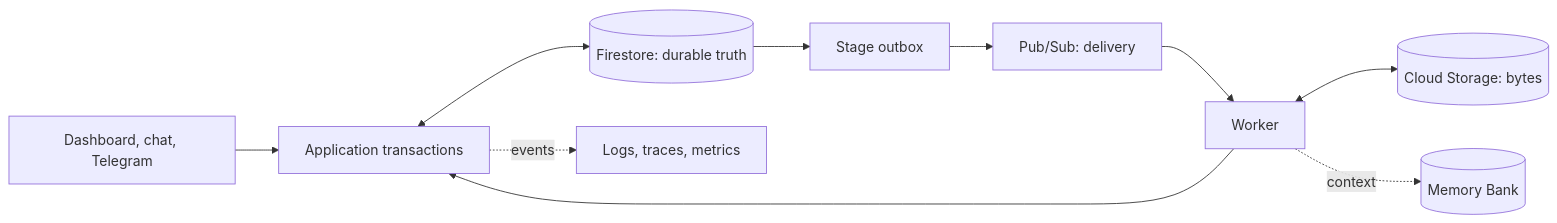
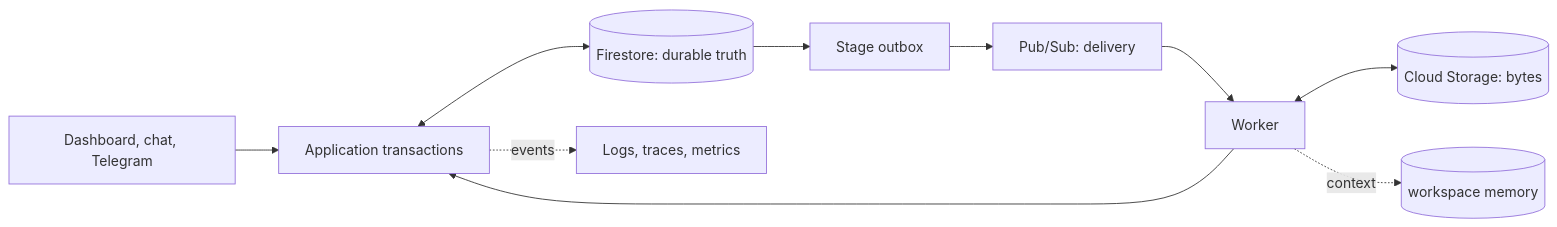
The diagram in docs/diagrams/state-ownership.mdx (danielAsaboro/harmonia-meta), drawn with Mermaid before and after one commit. The commit also changed 53 other files, not shown here.

````diff
--- a/docs/diagrams/state-ownership.mdx
+++ b/docs/diagrams/state-ownership.mdx
@@ -6,12 +6,12 @@
 ```mermaid
 flowchart LR
   UI[Dashboard, chat, Telegram] --> APP[Application transactions]
   APP <--> FS[(Firestore: durable truth)]
   FS --> OUT[Stage outbox]
   OUT --> PS[Pub/Sub: delivery]
   PS --> W[Worker]
   W --> APP
   W <--> CS[(Cloud Storage: bytes)]
-  W -. context .-> MB[(Memory Bank)]
+  W -. context .-> MB[(workspace memory)]
   APP -. events .-> TEL[Logs, traces, metrics]
 ```
````
